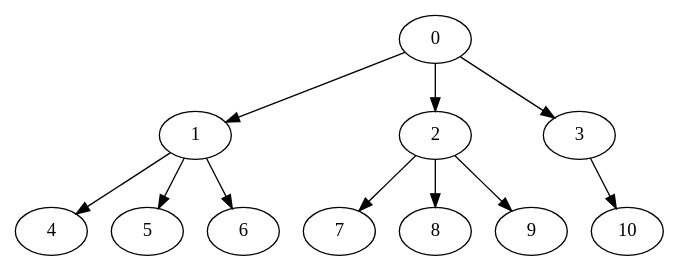
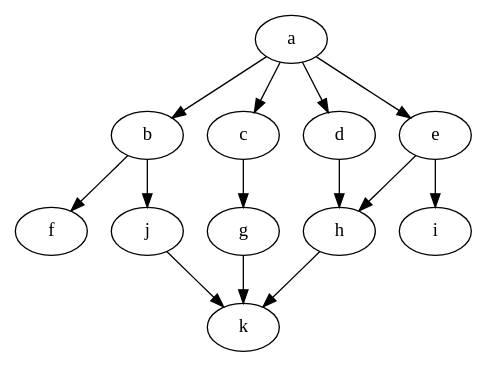
Before and after one commit to raghavgarg32/SOFTENG306Project1: the diagram in data/TEST.dot, drawn with Graphviz. The commit also changed 6 other files, not shown here.

```diff
--- a/data/TEST.dot
+++ b/data/TEST.dot
@@ -1,23 +1,26 @@
-digraph "OutTree-Balanced-MaxBf-3_Nodes_11_CCR_0.1_WeightType_Random" {
-	0	[Weight=50,Start=0,Processor=1];
-	1	[Weight=70,Start=50,Processor=1];
-	2	[Weight=90,Start=57,Processor=2];
-	3	[Weight=100,Start=54,Processor=3];
-	4	[Weight=40,Start=154,Processor=3];
-	5	[Weight=20,Start=120,Processor=1];
-	6	[Weight=100,Start=125,Processor=4];
-	7	[Weight=80,Start=147,Processor=2];
-	8	[Weight=50,Start=150,Processor=1];
-	9	[Weight=20,Start=194,Processor=3];
-	10	[Weight=20,Start=204,Processor=1];
-	2->9	[Weight=10];
-	1->6	[Weight=5];
-	2->8	[Weight=3];
-	2->7	[Weight=5];
-	0->3	[Weight=4];
-	1->4	[Weight=10];
-	1->5	[Weight=7];
-	0->1	[Weight=9];
-	0->2	[Weight=7];
-	3->10	[Weight=4];
+digraph "example2" {
+	a	[Weight=2,Start=0,Processor=1];
+	b	[Weight=4,Start=2,Processor=1];
+	c	[Weight=4,Start=9,Processor=1];
+	d	[Weight=5,Start=5,Processor=2];
+	e	[Weight=4,Start=6,Processor=3];
+	f	[Weight=3,Start=10,Processor=4];
+	g	[Weight=2,Start=13,Processor=1];
+	h	[Weight=5,Start=12,Processor=2];
+	i	[Weight=4,Start=15,Processor=1];
+	j	[Weight=3,Start=6,Processor=1];
+	k	[Weight=2,Start=17,Processor=2];
+	j->k	[Weight=6];
+	b->j	[Weight=6];
+	a->b	[Weight=6];
+	e->h	[Weight=2];
+	g->k	[Weight=2];
+	a->c	[Weight=2];
+	d->h	[Weight=4];
+	e->i	[Weight=3];
+	h->k	[Weight=3];
+	a->d	[Weight=3];
+	b->f	[Weight=4];
+	c->g	[Weight=2];
+	a->e	[Weight=4];
 }
```
